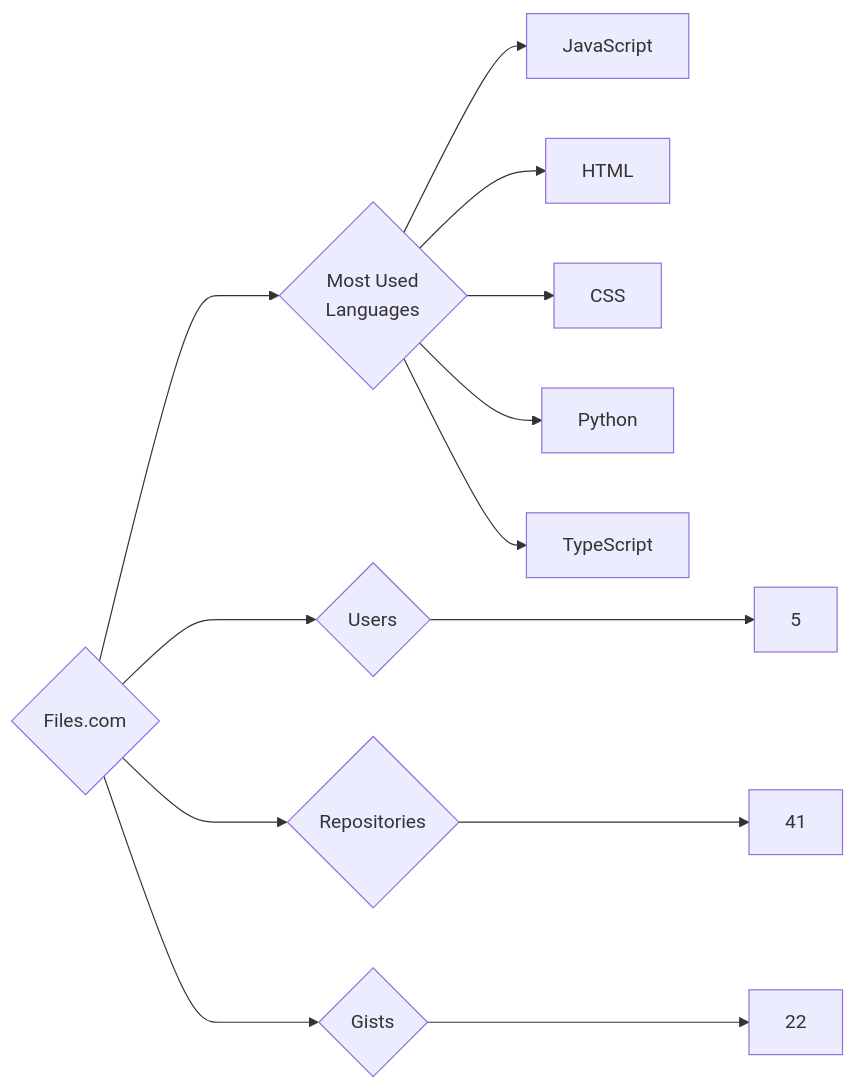
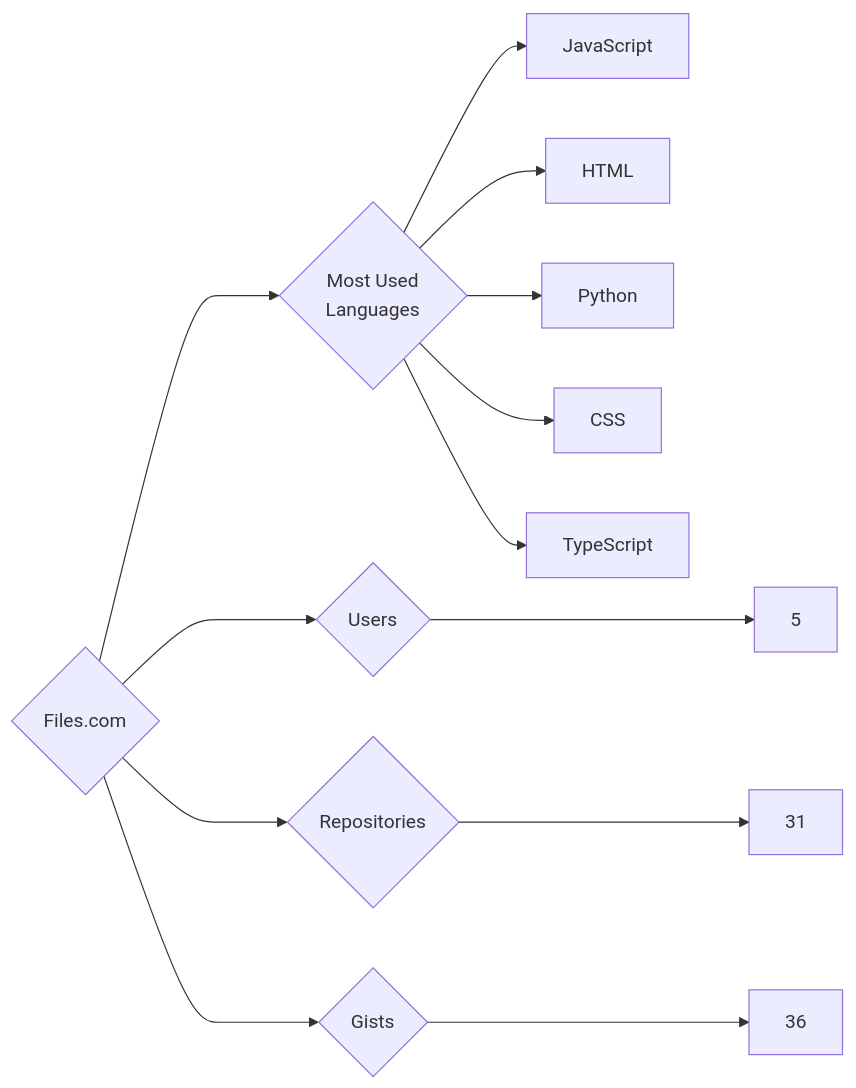
Before and after one commit to trickest/insiders: the diagram in targets/Files.com/README.md, drawn with Mermaid. The commit also changed 845 other files, not shown here.

````diff
--- a/targets/Files.com/README.md
+++ b/targets/Files.com/README.md
@@ -3,13 +3,13 @@
 ```mermaid
 graph LR
 COMPANY_NAME{Files.com}
 COMPANY_NAME ---> U{Users} ---> UN[5]
-COMPANY_NAME ---> R{Repositories} ---> RN[41]
-COMPANY_NAME ---> G{Gists} ---> GN[22]
+COMPANY_NAME ---> R{Repositories} ---> RN[31]
+COMPANY_NAME ---> G{Gists} ---> GN[36]
 COMPANY_NAME ---> ML{Most Used<br>Languages}
 ML --> JavaScript[JavaScript]
 ML --> HTML[HTML]
+ML --> Python[Python]
 ML --> CSS[CSS]
-ML --> Python[Python]
 ML --> TypeScript[TypeScript]
 ```
````
